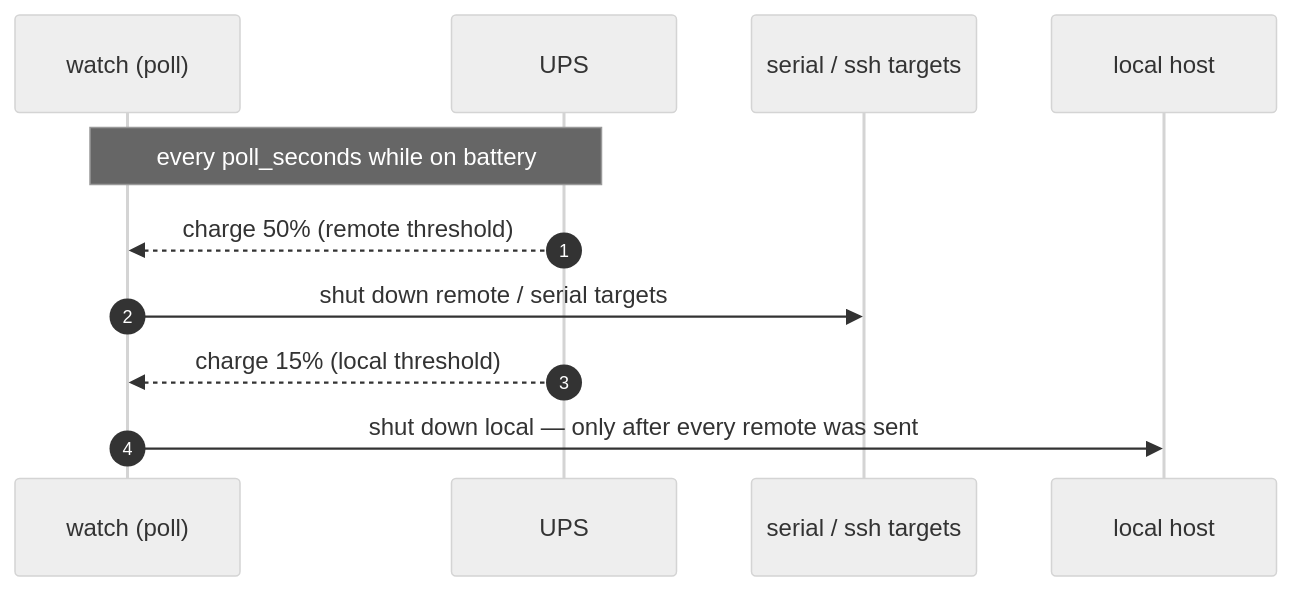
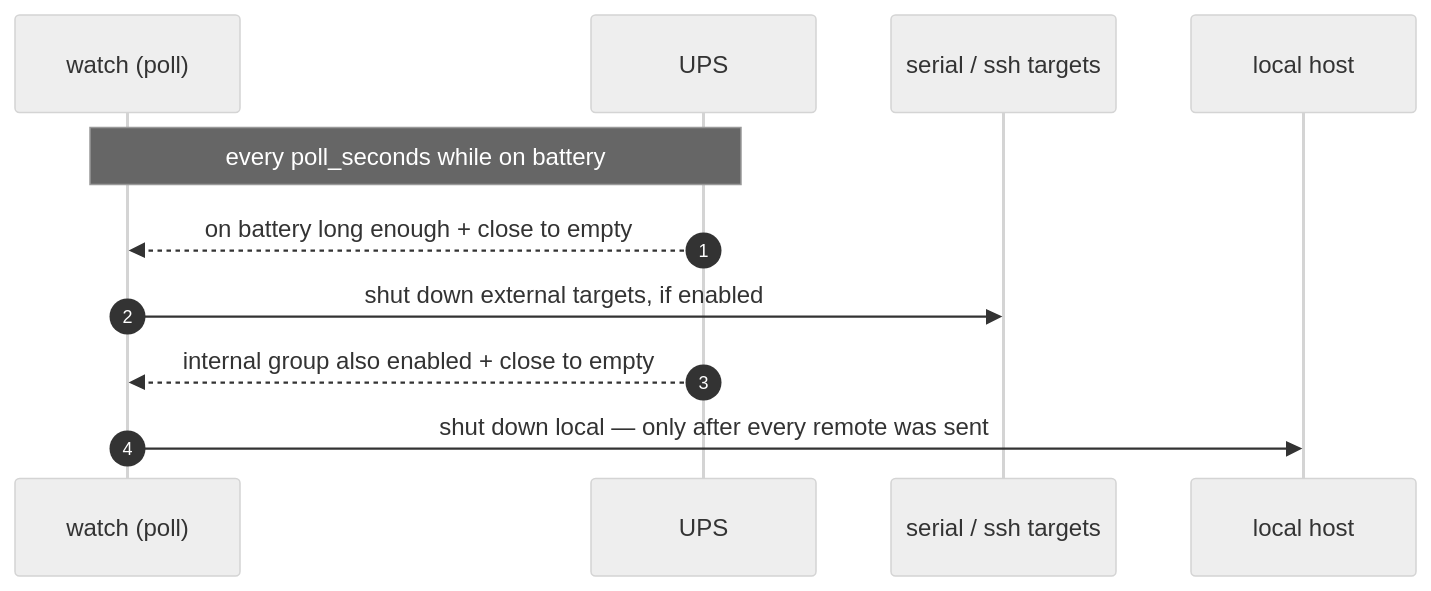
One commit to kleinpanic/ups-orchestrator changed the second of 2 diagrams in README.md. Above: the diagram before and after it, drawn with Mermaid (neutral theme). The commit also changed other lines of this file and 38 other files, not shown here.

````diff
--- a/README.md
+++ b/README.md
@@ -86,13 +91,13 @@
 ```mermaid
 sequenceDiagram
     autonumber
     participant W as watch (poll)
     participant U as UPS
     participant R as serial / ssh targets
     participant L as local host
     Note over W,U: every poll_seconds while on battery
-    U-->>W: charge 50% (remote threshold)
-    W->>R: shut down remote / serial targets
-    U-->>W: charge 15% (local threshold)
+    U-->>W: on battery long enough + close to empty
+    W->>R: shut down external targets, if enabled
+    U-->>W: internal group also enabled + close to empty
     W->>L: shut down local — only after every remote was sent
 ```
````
